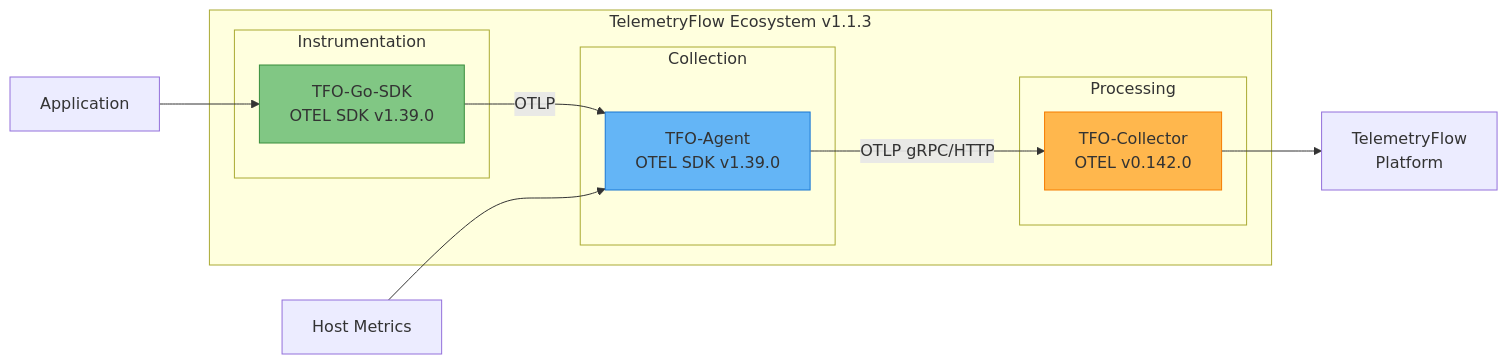
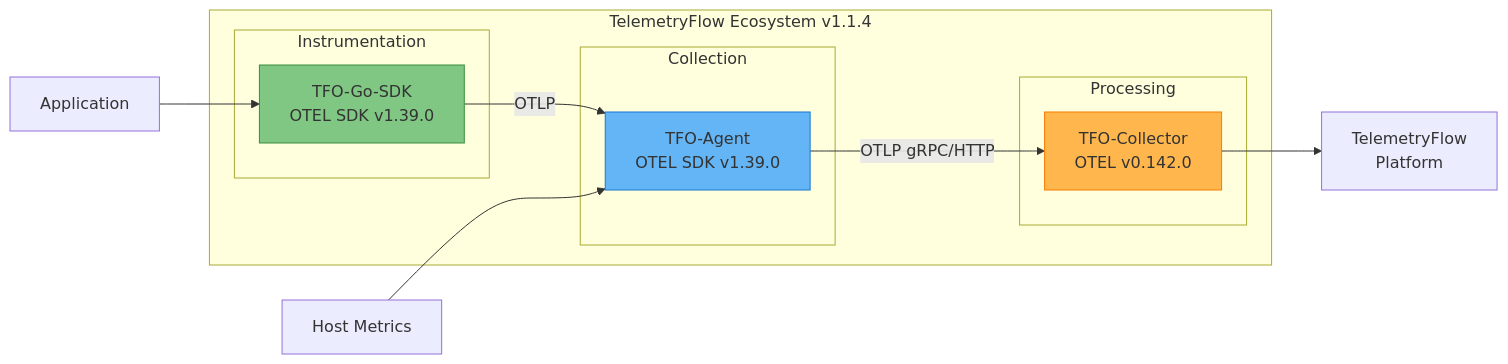
Before and after one commit to telemetryflow/telemetryflow-agent: the diagram in README.md, drawn with Mermaid. The commit also changed other lines of this file and 77 other files, not shown here.

````diff
--- a/README.md
+++ b/README.md
@@ -33,26 +33,26 @@
 ```mermaid
 graph LR
-    subgraph "TelemetryFlow Ecosystem v1.1.3"
+    subgraph "TelemetryFlow Ecosystem v1.1.4"
         subgraph "Instrumentation"
             SDK[TFO-Go-SDK<br/>OTEL SDK v1.39.0]
         end
 
         subgraph "Collection"
             AGENT[TFO-Agent<br/>OTEL SDK v1.39.0]
         end
 
         subgraph "Processing"
             COLLECTOR[TFO-Collector<br/>OTEL v0.142.0]
         end
     end
 
     APP[Application] --> SDK
     SDK -->|OTLP| AGENT
     HOST[Host Metrics] --> AGENT
     AGENT -->|OTLP gRPC/HTTP| COLLECTOR
     COLLECTOR --> BACKEND[TelemetryFlow<br/>Platform]
 
     style SDK fill:#81C784,stroke:#388E3C
     style AGENT fill:#64B5F6,stroke:#1976D2
     style COLLECTOR fill:#FFB74D,stroke:#F57C00
 ```
````
